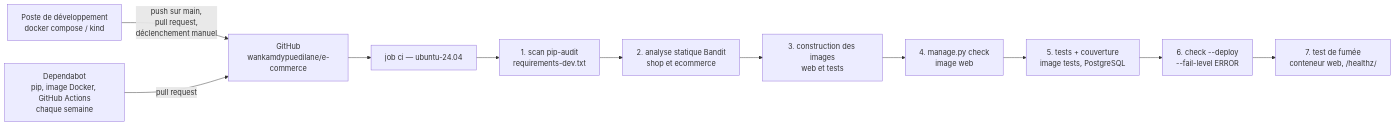
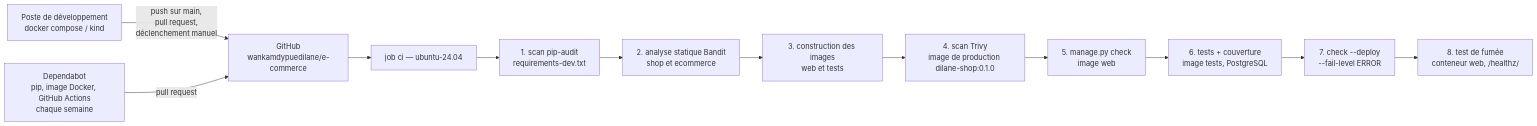
Before and after one commit to wankamdypuedilane/e-commerce: the third of 4 diagrams in docs/ARCHITECTURE.md, drawn with Mermaid. The commit also changed other lines of this file and 4 other files, not shown here.

First line of the commit message:
ci: scan the production image and remove pip from it

````diff
--- a/docs/ARCHITECTURE.md
+++ b/docs/ARCHITECTURE.md
@@ -322,13 +324,14 @@
 ```mermaid
 graph LR
     DEV["Poste de développement<br/>docker compose / kind"] -->|"push sur main,<br/>pull request,<br/>déclenchement manuel"| REPO["GitHub<br/>wankamdypuedilane/e-commerce"]
     DEPB["Dependabot<br/>pip, image Docker, GitHub Actions<br/>chaque semaine"] -->|pull request| REPO
     REPO --> CI["job ci — ubuntu-24.04"]
     CI --> S1["1. scan pip-audit<br/>requirements-dev.txt"]
     S1 --> S2["2. analyse statique Bandit<br/>shop et ecommerce"]
     S2 --> S3["3. construction des images<br/>web et tests"]
-    S3 --> S4["4. manage.py check<br/>image web"]
-    S4 --> S5["5. tests + couverture<br/>image tests, PostgreSQL"]
-    S5 --> S6["6. check --deploy<br/>--fail-level ERROR"]
-    S6 --> S7["7. test de fumée<br/>conteneur web, /healthz/"]
+    S3 --> S4["4. scan Trivy<br/>image de production dilane-shop:0.1.0"]
+    S4 --> S5["5. manage.py check<br/>image web"]
+    S5 --> S6["6. tests + couverture<br/>image tests, PostgreSQL"]
+    S6 --> S7["7. check --deploy<br/>--fail-level ERROR"]
+    S7 --> S8["8. test de fumée<br/>conteneur web, /healthz/"]
 ```
````
